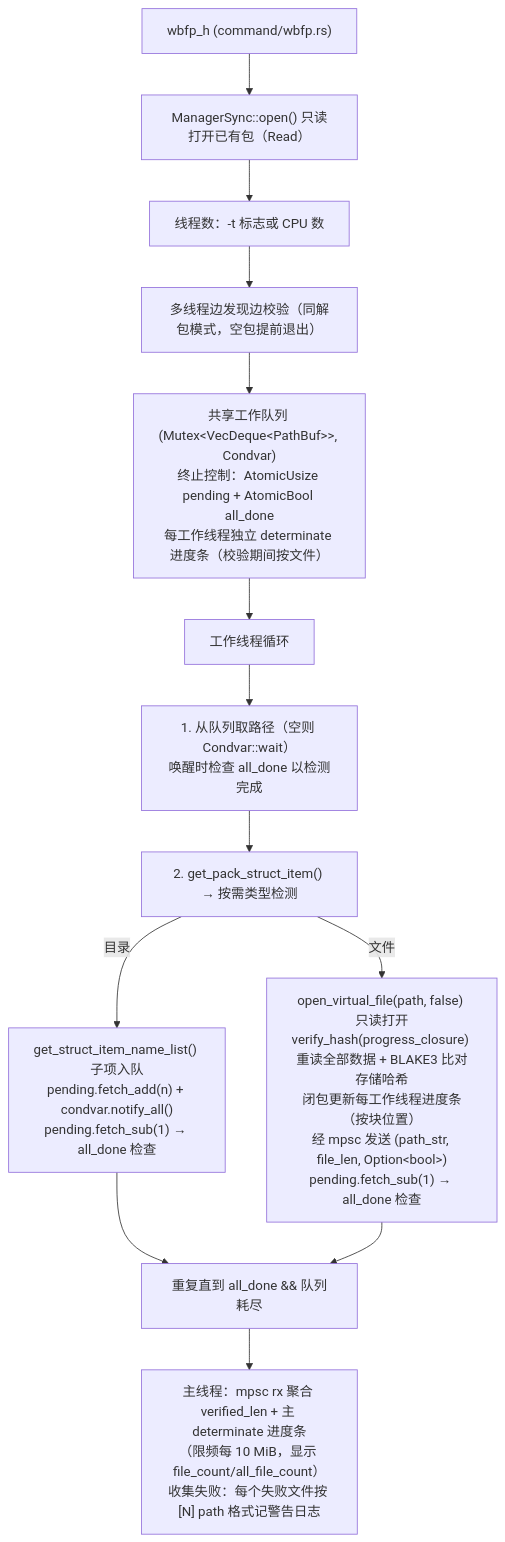
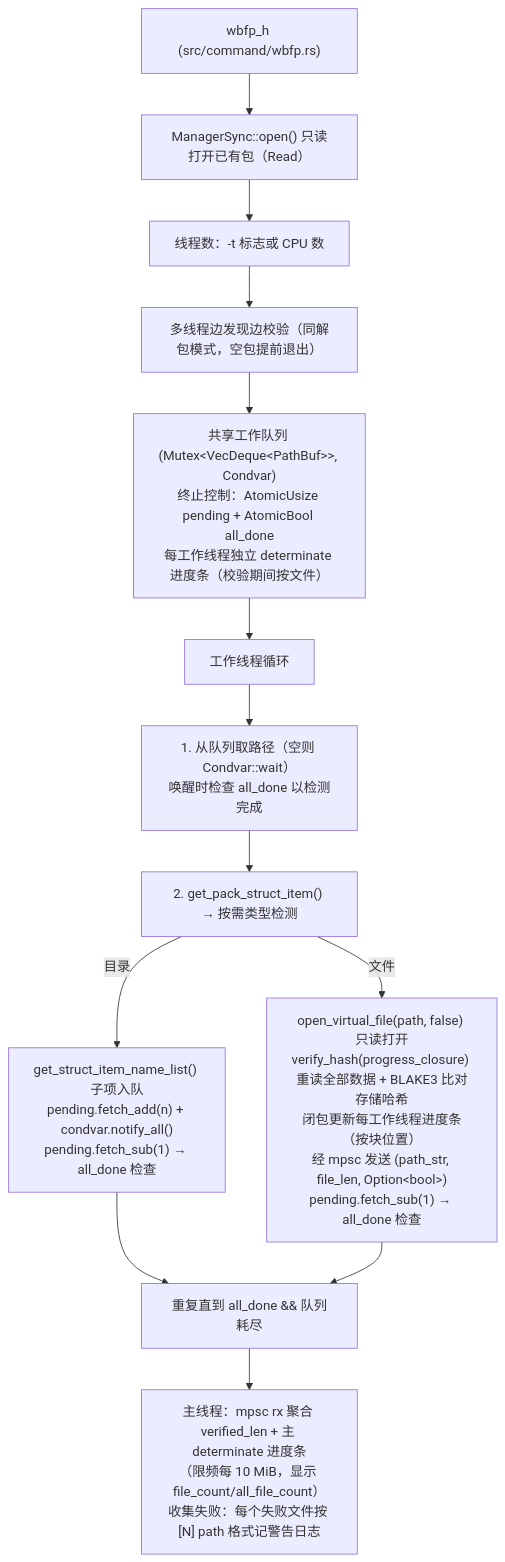
One commit to WaterBall20/water_ball_tool changed the seventh of 9 diagrams in docs/zh_CN/ARCHITECTURE.md. Above: the diagram before and after it, drawn with Mermaid. The commit also changed other lines of this file and 27 other files, not shown here.

````diff
--- a/docs/zh_CN/ARCHITECTURE.md
+++ b/docs/zh_CN/ARCHITECTURE.md
@@ -713,15 +853,15 @@
 ```mermaid
 flowchart TD
-    H["wbfp_h (command/wbfp.rs)"] --> O["ManagerSync::open() 只读打开已有包（Read）"]
+    H["wbfp_h (src/command/wbfp.rs)"] --> O["ManagerSync::open() 只读打开已有包（Read）"]
     O --> TC["线程数：-t 标志或 CPU 数"]
     TC --> DIS["多线程边发现边校验（同解包模式，空包提前退出）"]
     DIS --> Q["共享工作队列 (Mutex&lt;VecDeque&lt;PathBuf&gt;&gt;, Condvar)<br/>终止控制：AtomicUsize pending + AtomicBool all_done<br/>每工作线程独立 determinate 进度条（校验期间按文件）"]
     Q --> W["工作线程循环"]
     W --> W1["1. 从队列取路径（空则 Condvar::wait）<br/>唤醒时检查 all_done 以检测完成"]
     W1 --> W2["2. get_pack_struct_item() → 按需类型检测"]
     W2 -->|目录| WD["get_struct_item_name_list() 子项入队<br/>pending.fetch_add(n) + condvar.notify_all()<br/>pending.fetch_sub(1) → all_done 检查"]
     W2 -->|文件| WF["open_virtual_file(path, false) 只读打开<br/>verify_hash(progress_closure) 重读全部数据 + BLAKE3 比对存储哈希<br/>闭包更新每工作线程进度条（按块位置）<br/>经 mpsc 发送 (path_str, file_len, Option&lt;bool&gt;)<br/>pending.fetch_sub(1) → all_done 检查"]
     WD --> WLOOP["重复直到 all_done && 队列耗尽"]
     WF --> WLOOP
     WLOOP --> M["主线程：mpsc rx 聚合 verified_len + 主 determinate 进度条<br/>（限频每 10 MiB，显示 file_count/all_file_count）<br/>收集失败：每个失败文件按 [N] path 格式记警告日志"]
 ```
````
